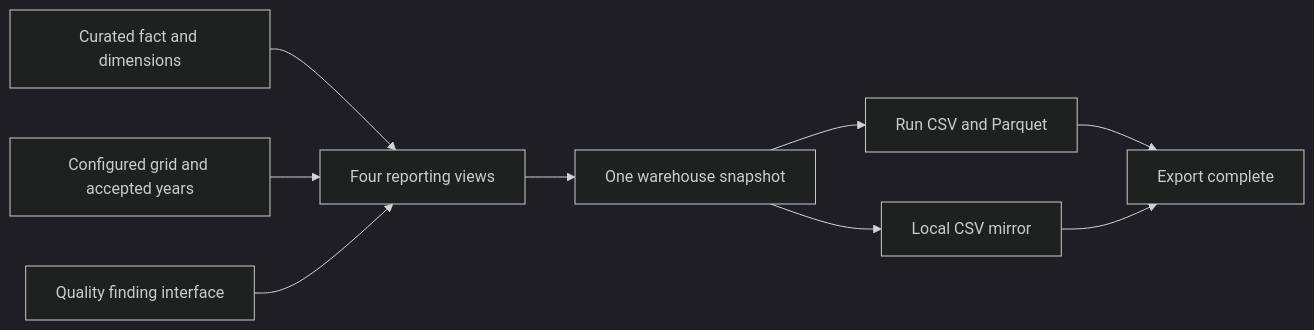
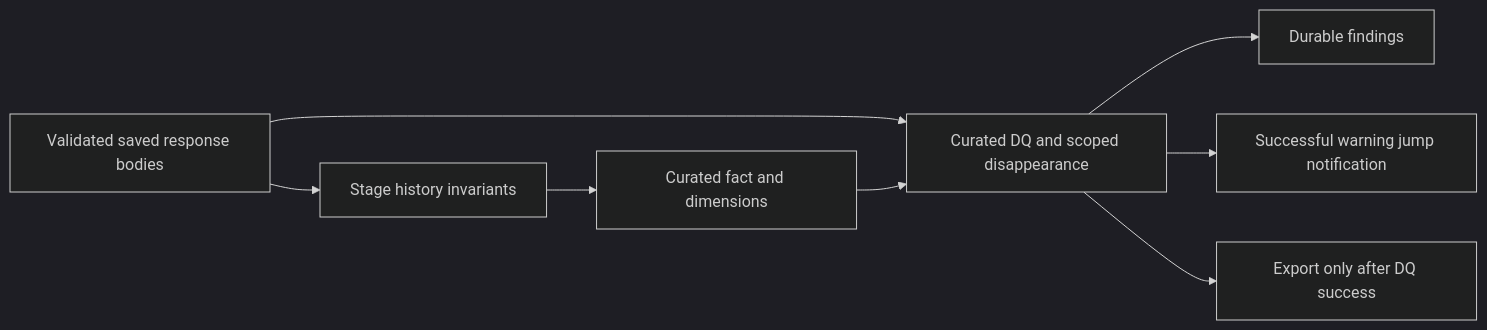
The diagram in IMPLEMENTATION_CONTRACT.md (gsanchez2141/world-bank-poc), drawn with Mermaid (dark theme) before and after one commit. The commit also changed other lines of this file and 26 other files, not shown here.

Commit message:
feat(data-quality): validate stage history and gate curated exports

````diff
--- a/IMPLEMENTATION_CONTRACT.md
+++ b/IMPLEMENTATION_CONTRACT.md
@@ -77,11 +84,10 @@
 ```mermaid
 flowchart LR
-    Star[Curated fact and dimensions] --> Views[Four reporting views]
-    CFG[Configured grid and accepted years] --> Views
-    DQ[Quality finding interface] --> Views
-    Views --> Sample[One warehouse snapshot]
-    Sample --> S3[Run CSV and Parquet]
-    Sample --> Files[Local CSV mirror]
-    S3 --> Complete[Export complete]
-    Files --> Complete
+    Raw[Validated saved response bodies] --> Stage[Stage history invariants]
+    Stage --> Curated[Curated fact and dimensions]
+    Raw --> DQ[Curated DQ and scoped disappearance]
+    Curated --> DQ
+    DQ --> Findings[Durable findings]
+    DQ --> Alert[Successful warning jump notification]
+    DQ --> Export[Export only after DQ success]
 ```
````
